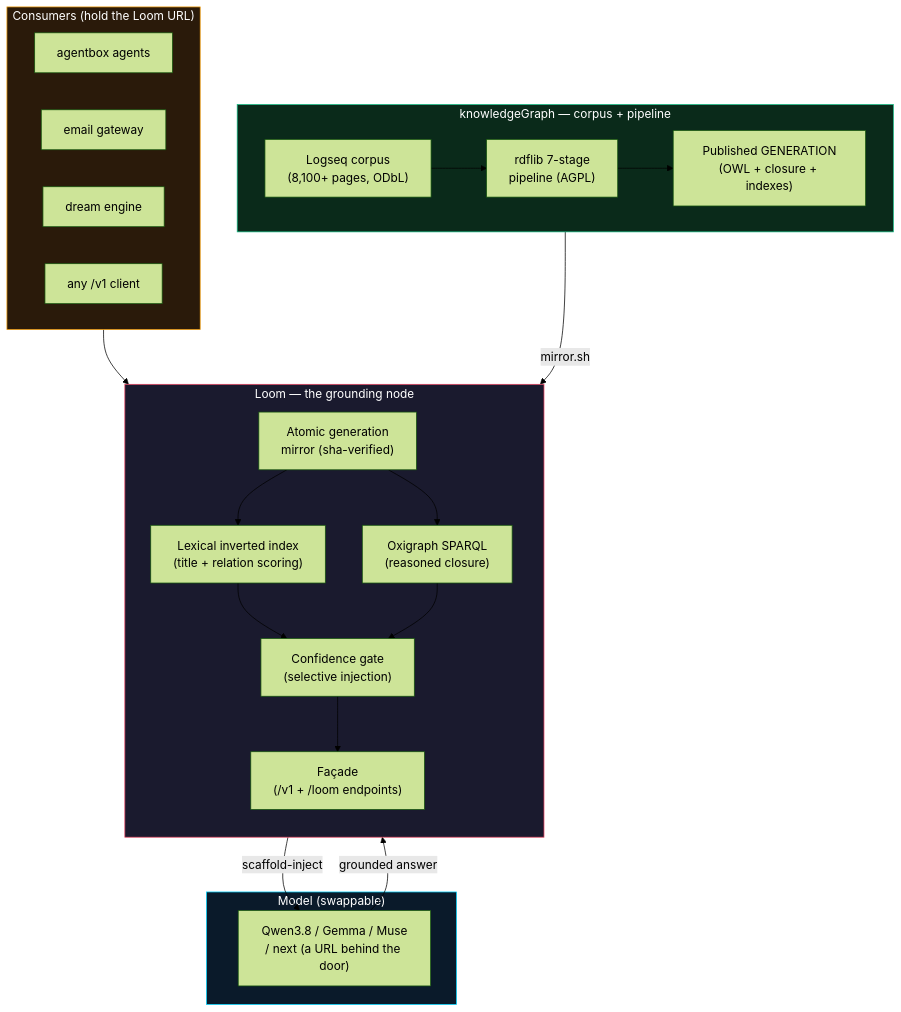
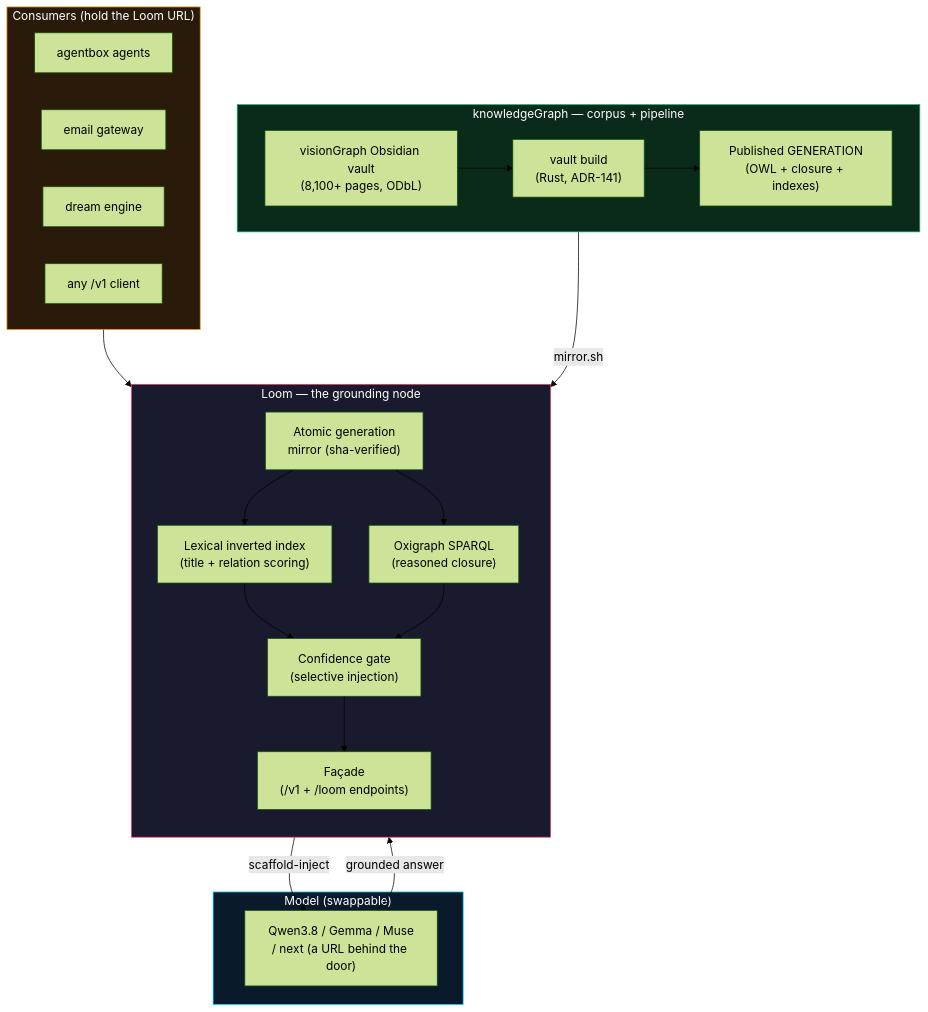
Before and after one commit to DreamLab-AI/loom: the diagram in README.md, drawn with Mermaid (forest theme). The commit also changed other lines of this file and 55 other files, not shown here.

First line of the commit message:
feat(loom): agent-drivable grounding on the vault build (ADR-140, ADR-141)

````diff
--- a/README.md
+++ b/README.md
@@ -330,42 +345,42 @@
 ```mermaid
 flowchart TB
     subgraph KG["knowledgeGraph — corpus + pipeline"]
         direction LR
-        LOGSEQ["Logseq corpus\n(8,100+ pages, ODbL)"]
-        PIPE["rdflib 7-stage\npipeline (AGPL)"]
+        VAULT["visionGraph Obsidian vault\n(8,100+ pages, ODbL)"]
+        PIPE["vault build\n(Rust, ADR-141)"]
         GEN["Published GENERATION\n(OWL + closure + indexes)"]
-        LOGSEQ --> PIPE --> GEN
+        VAULT --> PIPE --> GEN
     end
 
     subgraph LOOM["Loom — the grounding node"]
         direction TB
         MIRROR["Atomic generation\nmirror (sha-verified)"]
         LEX["Lexical inverted index\n(title + relation scoring)"]
         OX["Oxigraph SPARQL\n(reasoned closure)"]
         CONF["Confidence gate\n(selective injection)"]
         FAC["Façade\n(/v1 + /loom endpoints)"]
         MIRROR --> LEX & OX
         LEX & OX --> CONF --> FAC
     end
 
     subgraph MODEL["Model (swappable)"]
         LLM["Qwen3.8 / Gemma / Muse\n/ next (a URL behind the door)"]
     end
 
     subgraph CONSUMERS["Consumers (hold the Loom URL)"]
         AB["agentbox agents"]
         EMAIL["email gateway"]
         DREAM["dream engine"]
         ANY["any /v1 client"]
     end
 
     GEN -->|"mirror.sh"| MIRROR
     FAC -->|"scaffold-inject"| LLM
     LLM -->|"grounded answer"| FAC
     CONSUMERS --> FAC
 
     style KG fill:#0a2a1a,stroke:#10b981,color:#fff
     style LOOM fill:#1a1a2e,stroke:#e94560,color:#fff
     style MODEL fill:#0a1a2a,stroke:#00d4ff,color:#fff
     style CONSUMERS fill:#2a1a0a,stroke:#f59e0b,color:#fff
 ```
````
